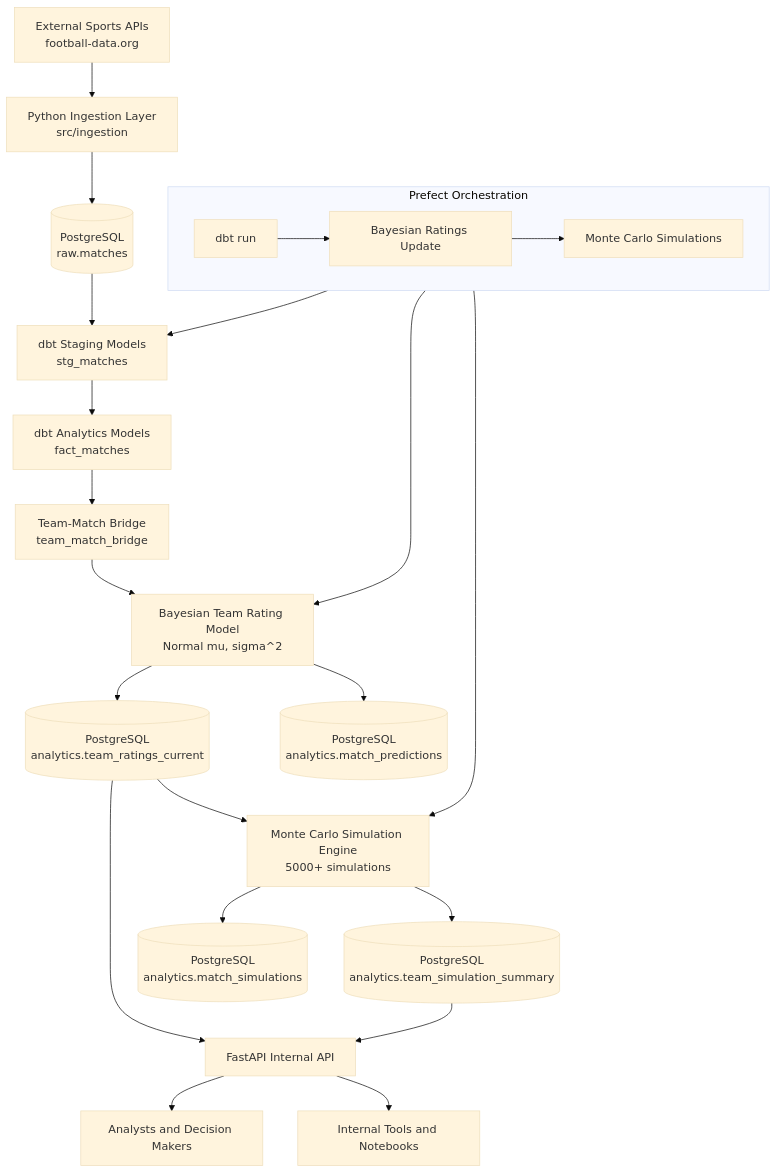
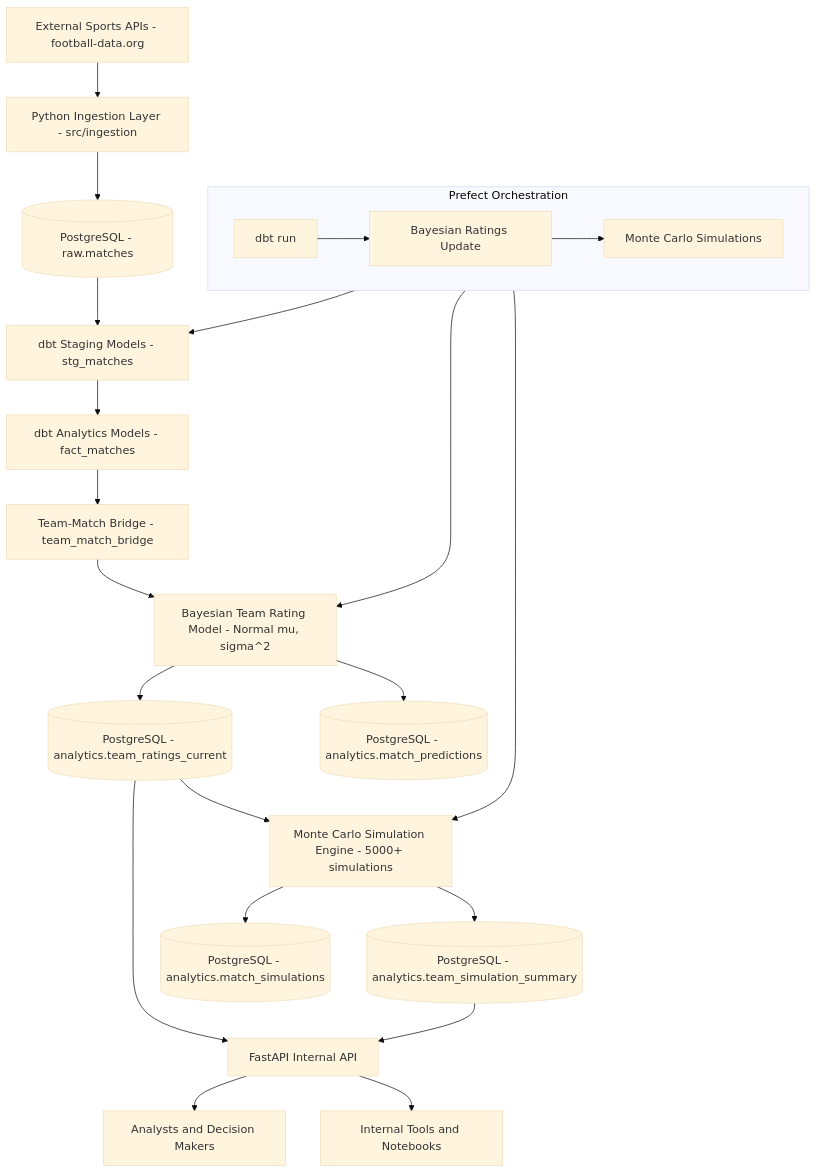
Before and after one commit to saifrhman/sports-intel-v0: the diagram in README.md, drawn with Mermaid (base theme).

Commit message:
Updated README.md
Fixed newline characters

````diff
--- a/README.md
+++ b/README.md
@@ -17,44 +17,44 @@
 ```mermaid
 flowchart TD
 
     %% External Data Sources
-    A[External Sports APIs\nfootball-data.org] --> B[Python Ingestion Layer\nsrc/ingestion]
+    A[External Sports APIs - football-data.org] --> B[Python Ingestion Layer - src/ingestion]
 
     %% Raw Data Storage
-    B --> C[(PostgreSQL\nraw.matches)]
+    B --> C[(PostgreSQL - raw.matches)]
 
     %% dbt Transformation Layer
-    C --> D[dbt Staging Models\nstg_matches]
-    D --> E[dbt Analytics Models\nfact_matches]
-    E --> F[Team-Match Bridge\nteam_match_bridge]
+    C --> D[dbt Staging Models - stg_matches]
+    D --> E[dbt Analytics Models - fact_matches]
+    E --> F[Team-Match Bridge - team_match_bridge]
 
     %% Bayesian Modeling Layer
-    F --> G[Bayesian Team Rating Model\nNormal mu, sigma^2]
-    G --> H[(PostgreSQL\nanalytics.team_ratings_current)]
-    G --> I[(PostgreSQL\nanalytics.match_predictions)]
+    F --> G[Bayesian Team Rating Model - Normal mu, sigma^2]
+    G --> H[(PostgreSQL - analytics.team_ratings_current)]
+    G --> I[(PostgreSQL - analytics.match_predictions)]
 
     %% Monte Carlo Simulation Layer
-    H --> J[Monte Carlo Simulation Engine\n5000+ simulations]
-    J --> K[(PostgreSQL\nanalytics.team_simulation_summary)]
-    J --> L[(PostgreSQL\nanalytics.match_simulations)]
+    H --> J[Monte Carlo Simulation Engine - 5000+ simulations]
+    J --> K[(PostgreSQL - analytics.team_simulation_summary)]
+    J --> L[(PostgreSQL - analytics.match_simulations)]
 
     %% Orchestration
     subgraph Prefect[Prefect Orchestration]
         P1[dbt run]
         P2[Bayesian Ratings Update]
         P3[Monte Carlo Simulations]
         P1 --> P2 --> P3
     end
 
     Prefect --> D
     Prefect --> G
     Prefect --> J
 
     %% Internal API Layer
     H --> M[FastAPI Internal API]
     K --> M
 
     %% Consumers
     M --> N[Analysts and Decision Makers]
     M --> O[Internal Tools and Notebooks]
 ```
````
